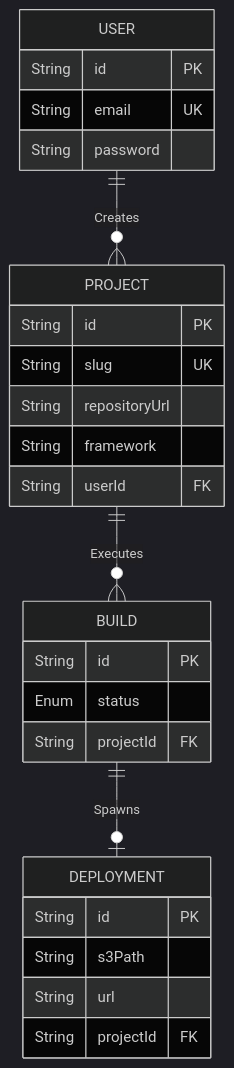
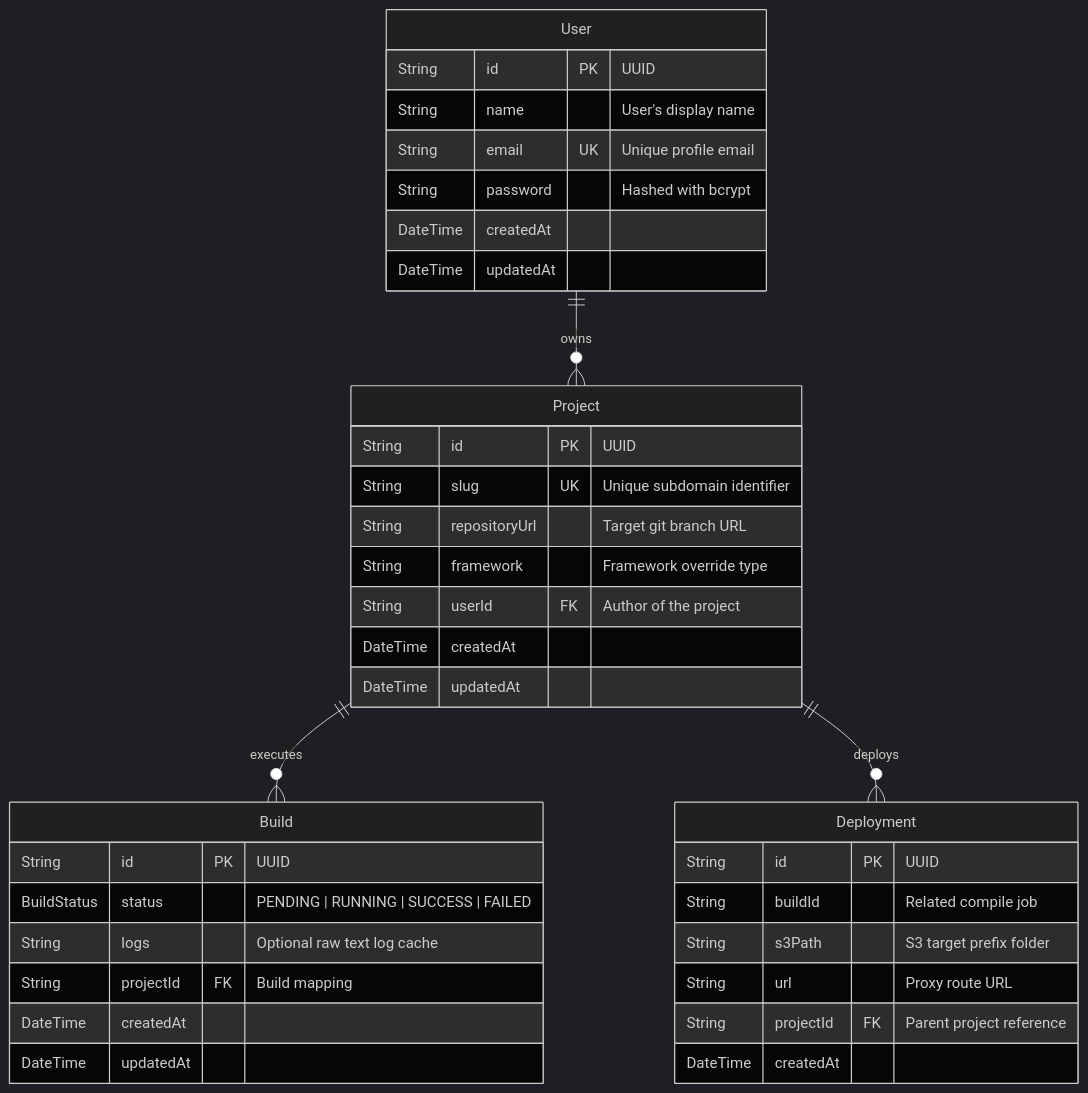
One commit to sampremm/vercel-backend changed the third of 3 diagrams in README.md. Above: the diagram before and after it, drawn with Mermaid (dark theme). The commit also changed other lines of this file, not shown here.

Commit message:
docs: update README with detailed system architecture, flowchart, and sequence diagrams

````diff
--- a/README.md
+++ b/README.md
@@ -77,30 +138,43 @@
 ```mermaid
 erDiagram
-    USER {
-        String id PK
-        String email UK
-        String password
+    User ||--o{ Project : owns
+    Project ||--o{ Build : executes
+    Project ||--o{ Deployment : deploys
+
+    User {
+        String id PK "UUID"
+        String name "User's display name"
+        String email UK "Unique profile email"
+        String password "Hashed with bcrypt"
+        DateTime createdAt
+        DateTime updatedAt
     }
-    PROJECT {
-        String id PK
-        String slug UK
-        String repositoryUrl
-        String framework
-        String userId FK
+
+    Project {
+        String id PK "UUID"
+        String slug UK "Unique subdomain identifier"
+        String repositoryUrl "Target git branch URL"
+        String framework "Framework override type"
+        String userId FK "Author of the project"
+        DateTime createdAt
+        DateTime updatedAt
     }
-    BUILD {
-        String id PK
-        Enum status
-        String projectId FK
+
+    Build {
+        String id PK "UUID"
+        BuildStatus status "PENDING | RUNNING | SUCCESS | FAILED"
+        String logs "Optional raw text log cache"
+        String projectId FK "Build mapping"
+        DateTime createdAt
+        DateTime updatedAt
     }
-    DEPLOYMENT {
-        String id PK
-        String s3Path
-        String url
-        String projectId FK
+
+    Deployment {
+        String id PK "UUID"
+        String buildId "Related compile job"
+        String s3Path "S3 target prefix folder"
+        String url "Proxy route URL"
+        String projectId FK "Parent project reference"
+        DateTime createdAt
     }
-    
-    USER ||--o{ PROJECT : Creates
-    PROJECT ||--o{ BUILD : Executes
-    BUILD ||--o| DEPLOYMENT : Spawns
 ```
````
